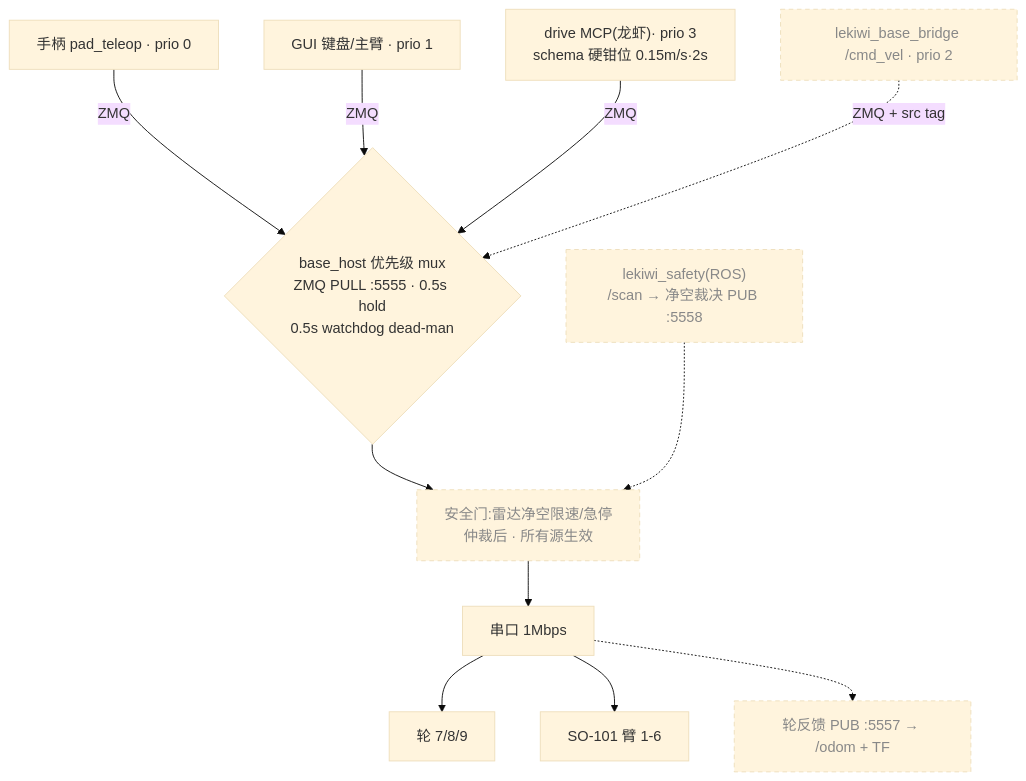
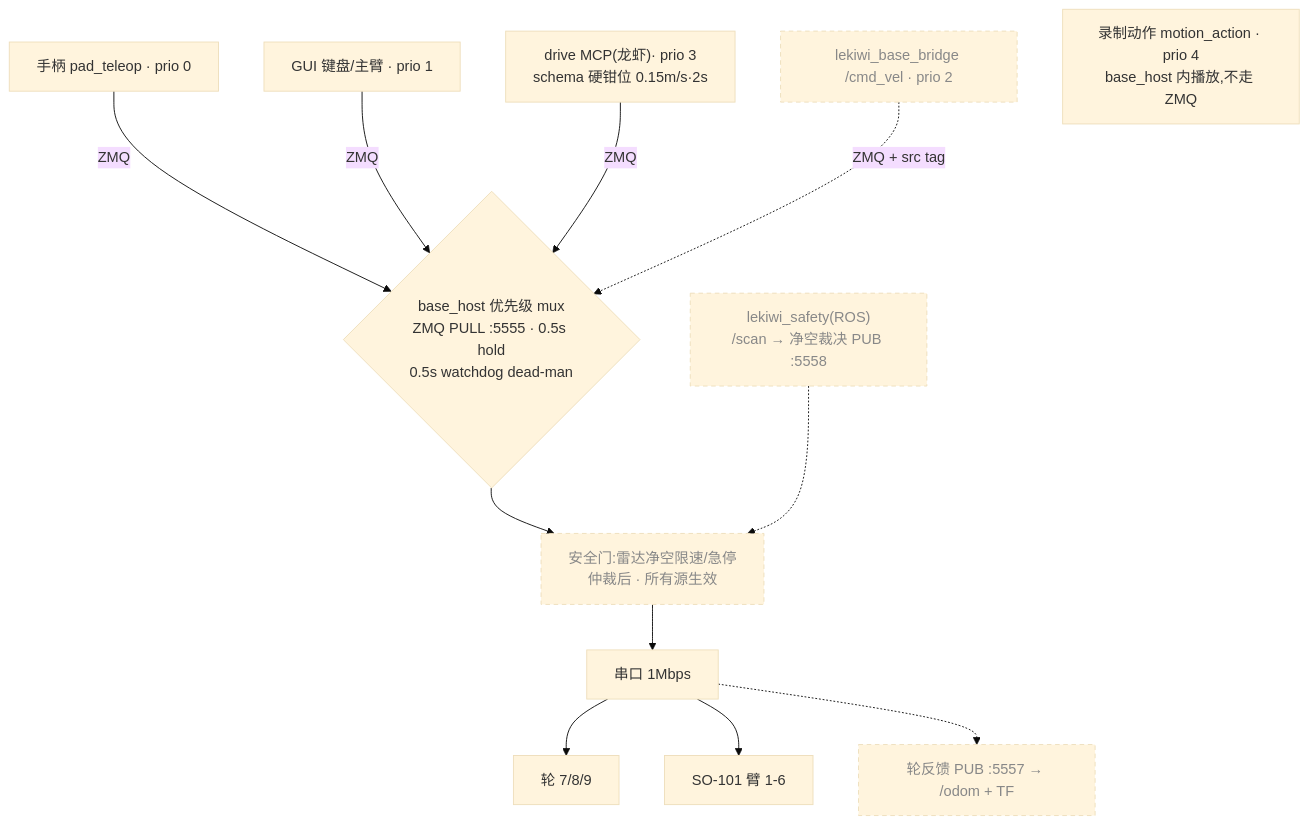
One commit to vitorcen/lekiwi-jetson-orin changed the second of 4 diagrams in README.md. Above: the diagram before and after it, drawn with Mermaid (base theme). The commit also changed other lines of this file and 21 other files, not shown here.

````diff
--- a/README.md
+++ b/README.md
@@ -78,24 +78,25 @@
 ```mermaid
 flowchart TB
     PAD["手柄 pad_teleop · prio 0"]
     GUIK["GUI 键盘/主臂 · prio 1"]
     ROSB["lekiwi_base_bridge /cmd_vel · prio 2"]:::plan
     MCPD["drive MCP(龙虾)· prio 3<br/>schema 硬钳位 0.15m/s·2s"]
+    ACT["录制动作 motion_action · prio 4<br/>base_host 内播放,不走 ZMQ"]
 
     MUX{"base_host 优先级 mux<br/>ZMQ PULL :5555 · 0.5s hold<br/>0.5s watchdog dead-man"}
     GATE["安全门:雷达净空限速/急停<br/>仲裁后 · 所有源生效"]:::plan
     SER["串口 1Mbps"]
     WHEELS["轮 7/8/9"]
     ARM["SO-101 臂 1-6"]
 
     SAFE["lekiwi_safety(ROS)<br/>/scan → 净空裁决 PUB :5558"]:::plan
     ODOM["轮反馈 PUB :5557 → /odom + TF"]:::plan
 
     PAD & GUIK & MCPD -->|ZMQ| MUX
     ROSB -.->|ZMQ + src tag| MUX
     MUX --> GATE --> SER --> WHEELS & ARM
     SAFE -.-> GATE
     SER -.-> ODOM
 
     classDef plan stroke-dasharray:5 4,color:#888;
 ```
````
